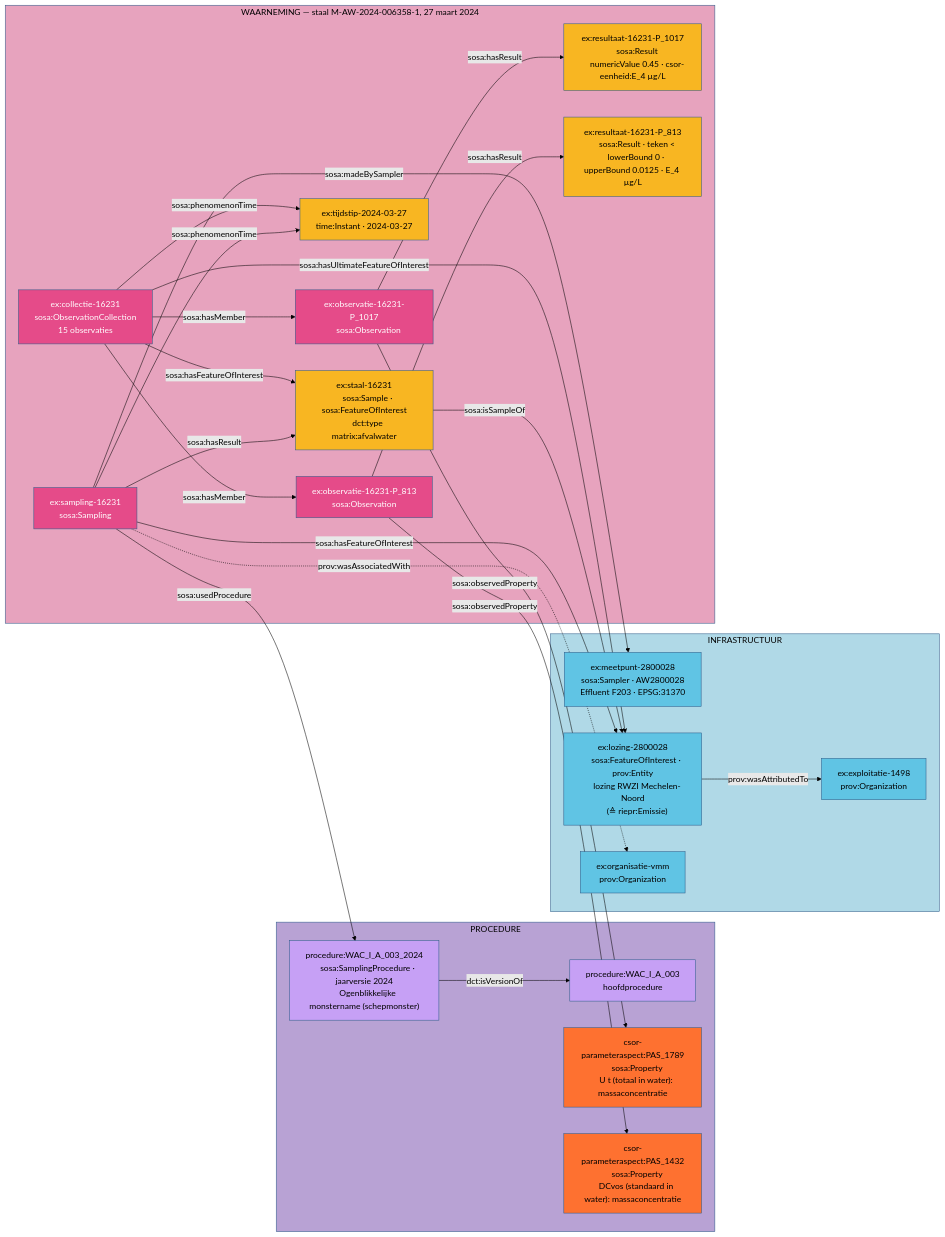
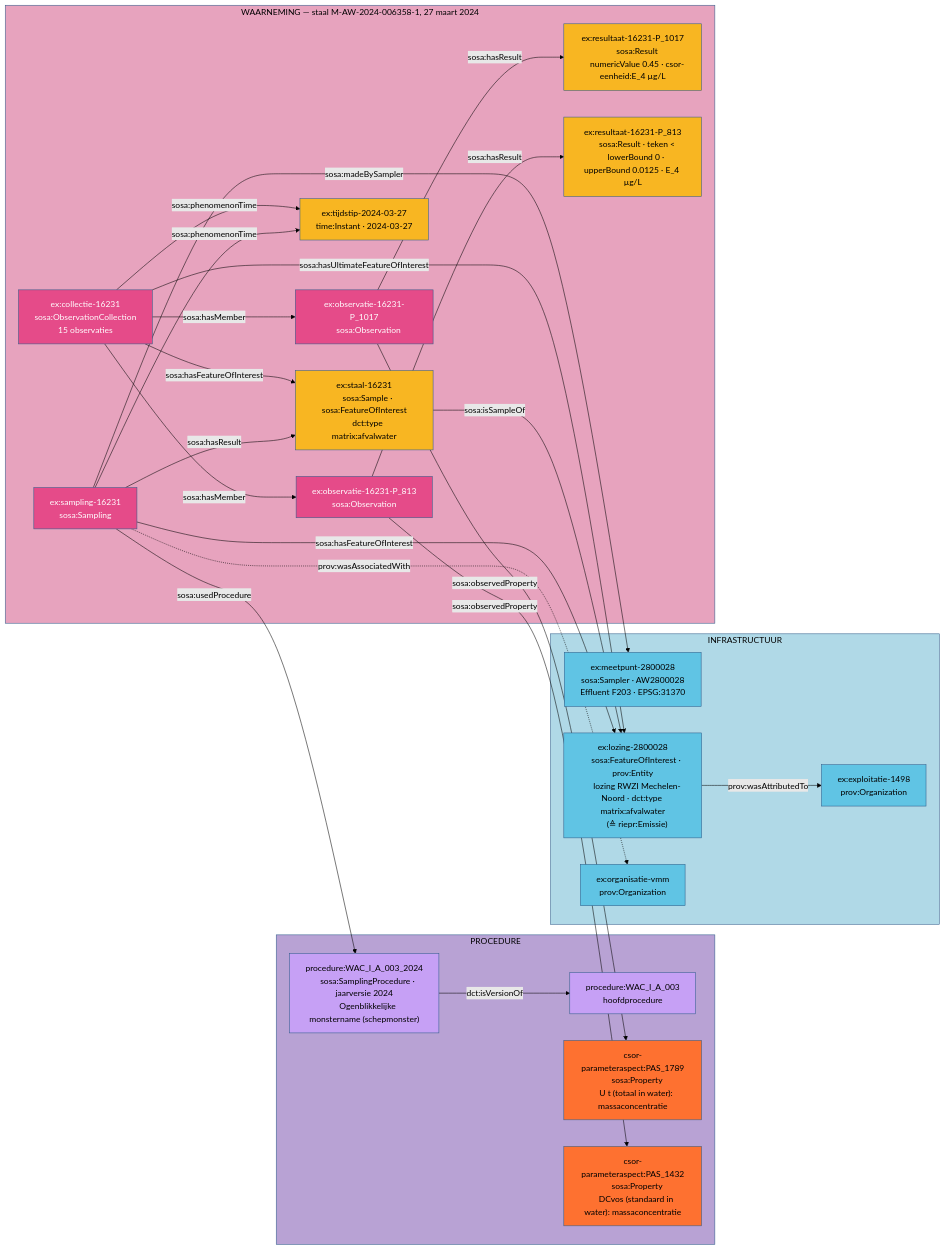
Before and after one commit to Informatievlaanderen/OSLOthema-SSNSOSA-VL: the diagram in src/main/input/waterkwaliteit/nieuw_model/afvalwater_concentraties/afvalwater_concentraties.mmd, drawn with Mermaid (forest theme). The commit also changed 77 other files, not shown here.

```diff
--- a/src/main/input/waterkwaliteit/nieuw_model/afvalwater_concentraties/afvalwater_concentraties.mmd
+++ b/src/main/input/waterkwaliteit/nieuw_model/afvalwater_concentraties/afvalwater_concentraties.mmd
@@ -1,91 +1,91 @@
 flowchart LR
 
 subgraph PROC["PROCEDURE"]
     P1["procedure:WAC_I_A_003_2024
     sosa:SamplingProcedure · jaarversie 2024
     Ogenblikkelijke monstername (schepmonster)"]
     P0["procedure:WAC_I_A_003
     hoofdprocedure"]
     PA1["csor-parameteraspect:PAS_1789
     sosa:Property
     U t (totaal in water): massaconcentratie"]
     PA2["csor-parameteraspect:PAS_1432
     sosa:Property
     DCvos (standaard in water): massaconcentratie"]
 end
 
 subgraph INFRA["INFRASTRUCTUUR"]
     I1["ex:meetpunt-2800028
     sosa:Sampler · AW2800028
     Effluent F203 · EPSG:31370"]
     I2["ex:lozing-2800028
     sosa:FeatureOfInterest · prov:Entity
-    lozing RWZI Mechelen-Noord
+    lozing RWZI Mechelen-Noord · dct:type matrix:afvalwater
     (≙ riepr:Emissie)"]
     I3["ex:exploitatie-1498
     prov:Organization"]
     I4["ex:organisatie-vmm
     prov:Organization"]
 end
 
 subgraph WAAR["WAARNEMING — staal M-AW-2024-006358-1, 27 maart 2024"]
     S1["ex:sampling-16231
     sosa:Sampling"]
     S2["ex:staal-16231
     sosa:Sample · sosa:FeatureOfInterest
     dct:type matrix:afvalwater"]
     T1["ex:tijdstip-2024-03-27
     time:Instant · 2024-03-27"]
     C1["ex:collectie-16231
     sosa:ObservationCollection
     15 observaties"]
     O1["ex:observatie-16231-P_1017
     sosa:Observation"]
     R1["ex:resultaat-16231-P_1017
     sosa:Result
     numericValue 0.45 · csor-eenheid:E_4 µg/L"]
     O2["ex:observatie-16231-P_813
     sosa:Observation"]
     R2["ex:resultaat-16231-P_813
     sosa:Result · teken &lt;
     lowerBound 0 · upperBound 0.0125 · E_4 µg/L"]
 end
 
 I2 -->|prov:wasAttributedTo| I3
 S1 -->|sosa:hasFeatureOfInterest| I2
 S1 -->|sosa:madeBySampler| I1
 S1 -->|sosa:usedProcedure| P1
 P1 -->|dct:isVersionOf| P0
 S1 -.->|prov:wasAssociatedWith| I4
 S1 -->|sosa:phenomenonTime| T1
 S1 -->|sosa:hasResult| S2
 S2 -->|sosa:isSampleOf| I2
 C1 -->|sosa:hasFeatureOfInterest| S2
 C1 -->|sosa:hasUltimateFeatureOfInterest| I2
 C1 -->|sosa:phenomenonTime| T1
 C1 -->|sosa:hasMember| O1
 C1 -->|sosa:hasMember| O2
 O1 -->|sosa:observedProperty| PA1
 O1 -->|sosa:hasResult| R1
 O2 -->|sosa:observedProperty| PA2
 O2 -->|sosa:hasResult| R2
 
 style PROC fill:#b8a2d4,stroke:#2E5C8A,color:#000
 style INFRA fill:#b0d9e7,stroke:#2E5C8A,color:#000
 style WAAR fill:#e7a3be,stroke:#2E5C8A,color:#000
 style P1 fill:#c6a0f5,stroke:#2E5C8A,color:#000
 style P0 fill:#c6a0f5,stroke:#2E5C8A,color:#000
 style PA1 fill:#fe7130,stroke:#2E5C8A,color:#000
 style PA2 fill:#fe7130,stroke:#2E5C8A,color:#000
 style I1 fill:#60c4e4,stroke:#2E5C8A,color:#000
 style I2 fill:#60c4e4,stroke:#2E5C8A,color:#000
 style I3 fill:#60c4e4,stroke:#2E5C8A,color:#000
 style I4 fill:#60c4e4,stroke:#2E5C8A,color:#000
 style S1 fill:#e54b89,stroke:#2E5C8A,color:#fff
 style S2 fill:#f8b622,stroke:#2E5C8A,color:#000
 style T1 fill:#f8b622,stroke:#2E5C8A,color:#000
 style C1 fill:#e54b89,stroke:#2E5C8A,color:#fff
 style O1 fill:#e54b89,stroke:#2E5C8A,color:#fff
 style O2 fill:#e54b89,stroke:#2E5C8A,color:#fff
 style R1 fill:#f8b622,stroke:#2E5C8A,color:#000
 style R2 fill:#f8b622,stroke:#2E5C8A,color:#000
```
